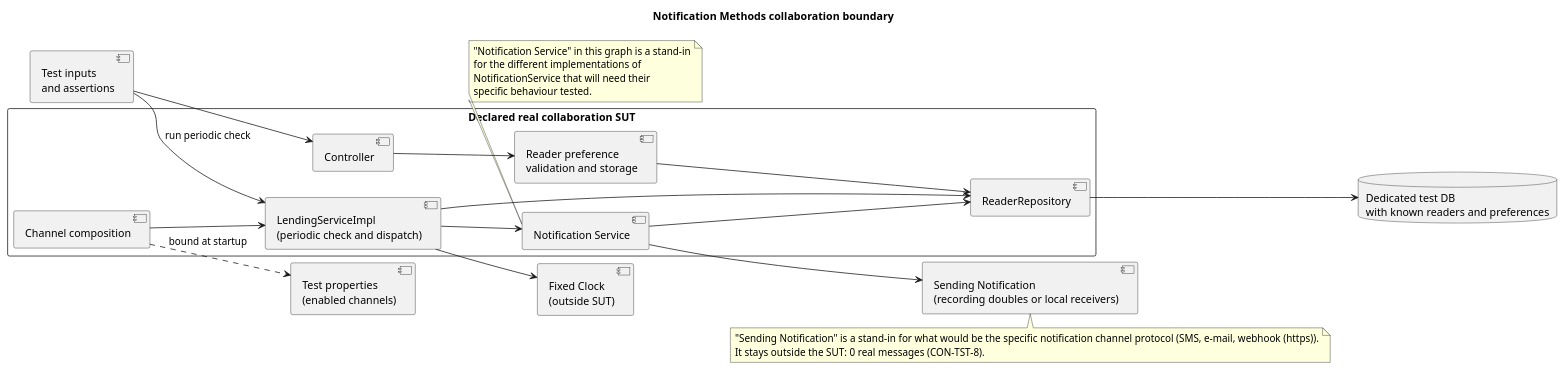
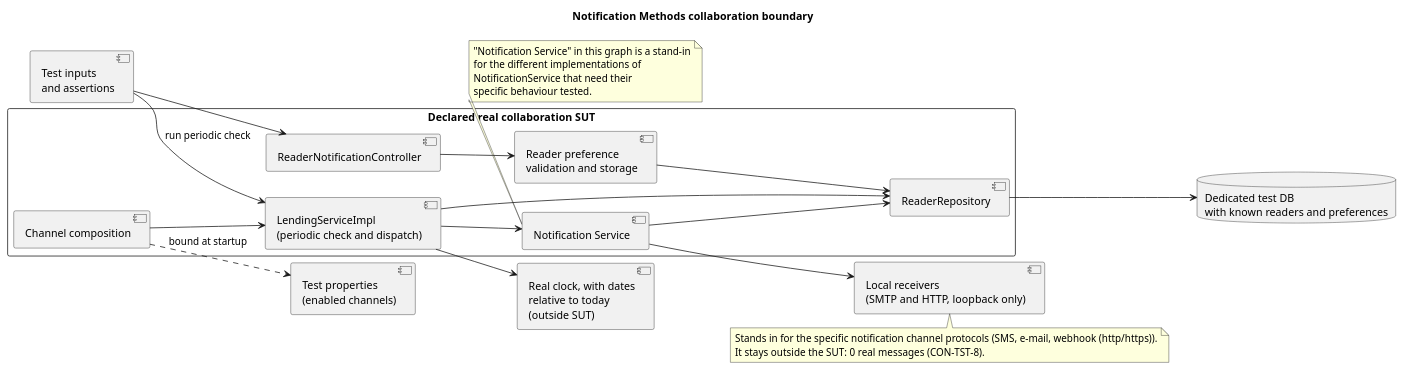
The diagram in Docs/DocsMasterDegree/system-to-be/Images/NotificationMethodsCollaborationBoundary.puml (Max1124/ARQSOFT_ODSOFT_G6), drawn with PlantUML before and after one commit. The commit also changed 25 other files, not shown here.

Commit message:
docs(notification): record implementation and evidence test(notification): add FourthNotificationChannelExtensionTest and ScheduledNotificationCheckIT, and Jenkins stages

```diff
--- a/Docs/DocsMasterDegree/system-to-be/Images/NotificationMethodsCollaborationBoundary.puml
+++ b/Docs/DocsMasterDegree/system-to-be/Images/NotificationMethodsCollaborationBoundary.puml
@@ -1,45 +1,45 @@
 @startuml
 !pragma layout smetana
 left to right direction
 skinparam shadowing false
 skinparam backgroundColor white
 title Notification Methods collaboration boundary
 component "Test inputs\nand assertions" as Test
 rectangle "Declared real collaboration SUT" {
- component Controller
+ component "ReaderNotificationController" as Controller
  component "LendingServiceImpl\n(periodic check and dispatch)" as Lending
  component "Channel composition" as Composition
  component "Reader preference\nvalidation and storage" as Preferences
  component "Notification Service" as Service
  component "ReaderRepository" as Repo
  Controller --> Preferences
  Composition --> Lending
  Lending --> Service
  Lending --> Repo
  Preferences --> Repo
  Service --> Repo
 }
-component "Sending Notification\n(recording doubles or local receivers)" as Mechanism
+component "Local receivers\n(SMTP and HTTP, loopback only)" as Mechanism
 component "Test properties\n(enabled channels)" as Props
-component "Fixed Clock\n(outside SUT)" as Clock
+component "Real clock, with dates\nrelative to today\n(outside SUT)" as Clock
 database "Dedicated test DB\nwith known readers and preferences" as DB
 Test --> Controller
 Test --> Lending : run periodic check
 Service --> Mechanism
 Composition ..> Props : bound at startup
 Lending --> Clock
 Repo --> DB
 
 
 note bottom of Service
   "Notification Service" in this graph is a stand-in
   for the different implementations of
-  NotificationService that will need their
+  NotificationService that need their
   specific behaviour tested.
 end note
 
 note bottom of Mechanism
-  "Sending Notification" is a stand-in for what would be the specific notification channel protocol (SMS, e-mail, webhook (https)).
+  Stands in for the specific notification channel protocols (SMS, e-mail, webhook (http/https)).
   It stays outside the SUT: 0 real messages (CON-TST-8).
 end note
 @enduml
```
